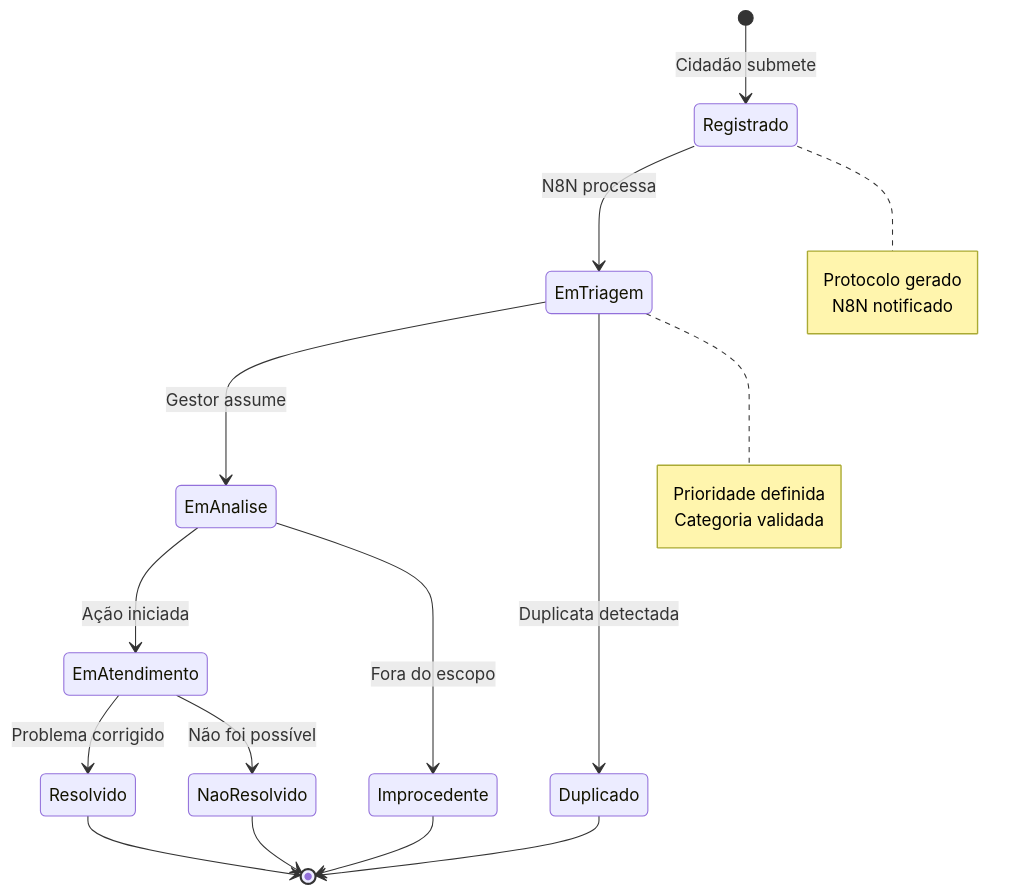
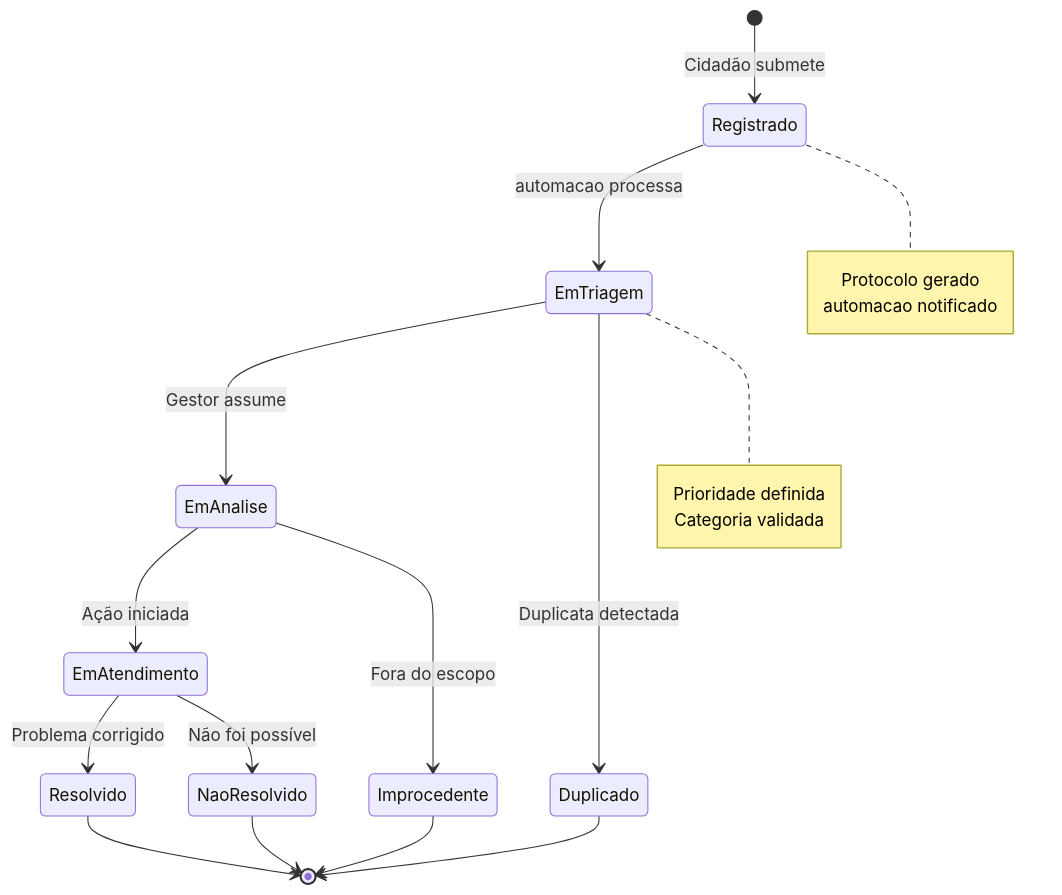
Diagram 24 of 33 in docs/ESCOPO_E_ARQUITETURA_CAMARA_NA_MAO.md (MTechnologia/camana-na-mao), drawn with Mermaid before and after one commit. The commit also changed other lines of this file and 77 other files, not shown here.

````diff
--- a/docs/ESCOPO_E_ARQUITETURA_CAMARA_NA_MAO.md
+++ b/docs/ESCOPO_E_ARQUITETURA_CAMARA_NA_MAO.md
@@ -2375,25 +2375,25 @@
 ```mermaid
 stateDiagram-v2
     [*] --> Registrado: Cidadão submete
-    Registrado --> EmTriagem: N8N processa
+    Registrado --> EmTriagem: automacao processa
     EmTriagem --> EmAnalise: Gestor assume
     EmTriagem --> Duplicado: Duplicata detectada
     EmAnalise --> EmAtendimento: Ação iniciada
     EmAnalise --> Improcedente: Fora do escopo
     EmAtendimento --> Resolvido: Problema corrigido
     EmAtendimento --> NaoResolvido: Não foi possível
     Resolvido --> [*]
     NaoResolvido --> [*]
     Duplicado --> [*]
     Improcedente --> [*]
 
     note right of Registrado
         Protocolo gerado
-        N8N notificado
+        automacao notificado
     end note
 
     note right of EmTriagem
         Prioridade definida
         Categoria validada
     end note
 ```
````
